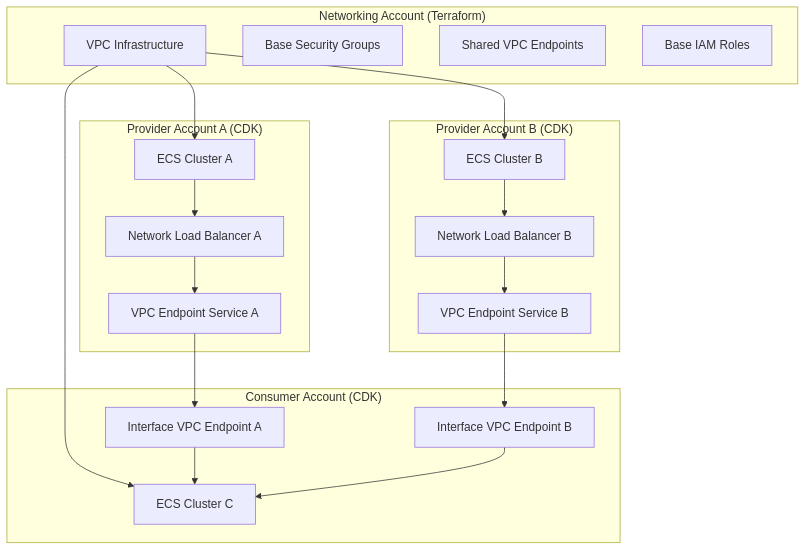
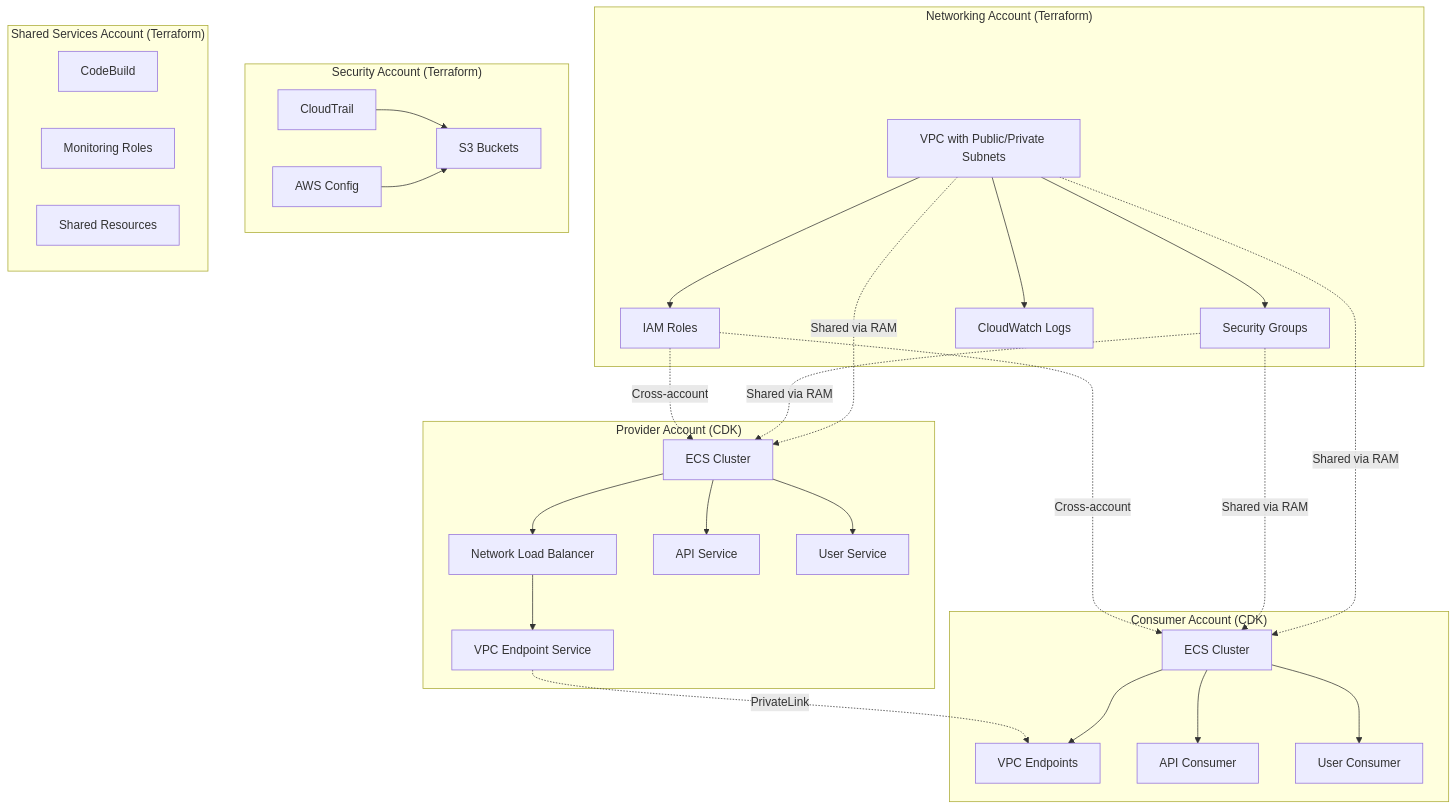
One commit to johnnymarquezv/aws-ecs-privatelink-terraform-cdk changed the diagram in README.md. Above: the diagram before and after it, drawn with Mermaid. The commit also changed other lines of this file and 54 other files, not shown here.

````diff
--- a/README.md
+++ b/README.md
@@ -95,39 +16,56 @@
 ```mermaid
 graph TB
     subgraph "Networking Account (Terraform)"
-        VPC[VPC Infrastructure]
-        BSG[Base Security Groups]
-        SVE[Shared VPC Endpoints]
-        IAM[Base IAM Roles]
+        VPC[VPC with Public/Private Subnets]
+        SG[Security Groups]
+        IAM[IAM Roles]
+        CW[CloudWatch Logs]
+        VPC --> SG
+        VPC --> IAM
+        VPC --> CW
     end
     
-    subgraph "Provider Account A (CDK)"
-        ECS1[ECS Cluster A]
-        NLB1[Network Load Balancer A]
-        VES1[VPC Endpoint Service A]
+    subgraph "Security Account (Terraform)"
+        CT[CloudTrail]
+        CFG[AWS Config]
+        S3_SEC[S3 Buckets]
+        CT --> S3_SEC
+        CFG --> S3_SEC
     end
     
-    subgraph "Provider Account B (CDK)"
-        ECS2[ECS Cluster B]
-        NLB2[Network Load Balancer B]
-        VES2[VPC Endpoint Service B]
+    subgraph "Shared Services Account (Terraform)"
+        CB[CodeBuild]
+        MON[Monitoring Roles]
+        SHARED[Shared Resources]
+    end
+    
+    subgraph "Provider Account (CDK)"
+        ECS_PROV[ECS Cluster]
+        NLB[Network Load Balancer]
+        VES[VPC Endpoint Service]
+        API_SVC[API Service]
+        USER_SVC[User Service]
+        ECS_PROV --> NLB
+        NLB --> VES
+        ECS_PROV --> API_SVC
+        ECS_PROV --> USER_SVC
     end
     
     subgraph "Consumer Account (CDK)"
-        ECS3[ECS Cluster C]
-        IVE1[Interface VPC Endpoint A]
-        IVE2[Interface VPC Endpoint B]
+        ECS_CONS[ECS Cluster]
+        VEP[VPC Endpoints]
+        API_CONS[API Consumer]
+        USER_CONS[User Consumer]
+        ECS_CONS --> VEP
+        ECS_CONS --> API_CONS
+        ECS_CONS --> USER_CONS
     end
     
-    VPC --> ECS1
-    VPC --> ECS2
-    VPC --> ECS3
-    ECS1 --> NLB1
-    ECS2 --> NLB2
-    NLB1 --> VES1
-    NLB2 --> VES2
-    VES1 --> IVE1
-    VES2 --> IVE2
-    IVE1 --> ECS3
-    IVE2 --> ECS3
+    VES -.->|PrivateLink| VEP
+    VPC -.->|Shared via RAM| ECS_PROV
+    VPC -.->|Shared via RAM| ECS_CONS
+    SG -.->|Shared via RAM| ECS_PROV
+    SG -.->|Shared via RAM| ECS_CONS
+    IAM -.->|Cross-account| ECS_PROV
+    IAM -.->|Cross-account| ECS_CONS
 ```
````
